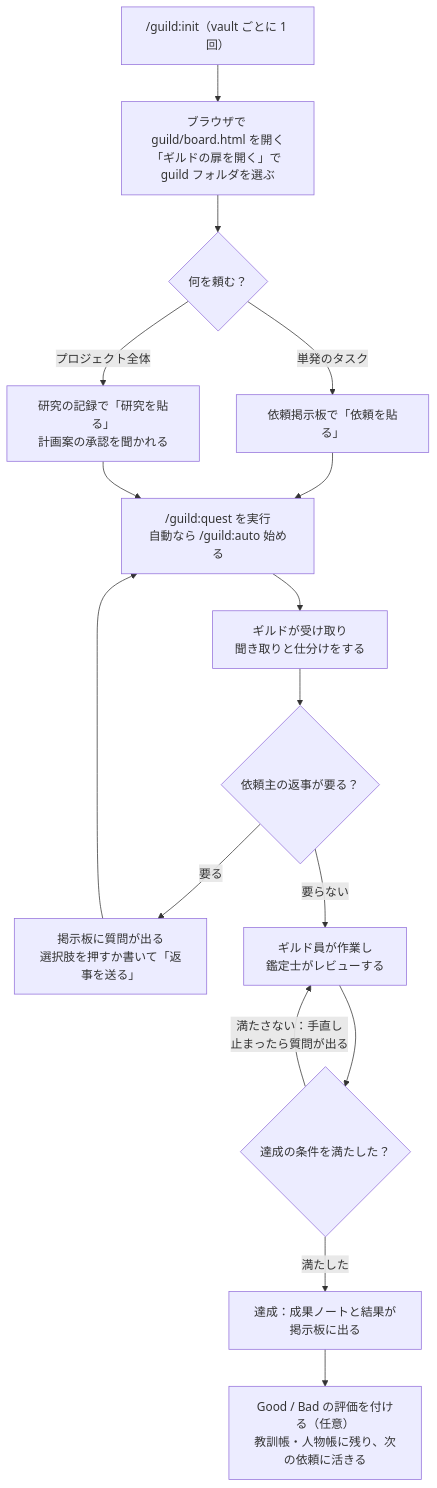
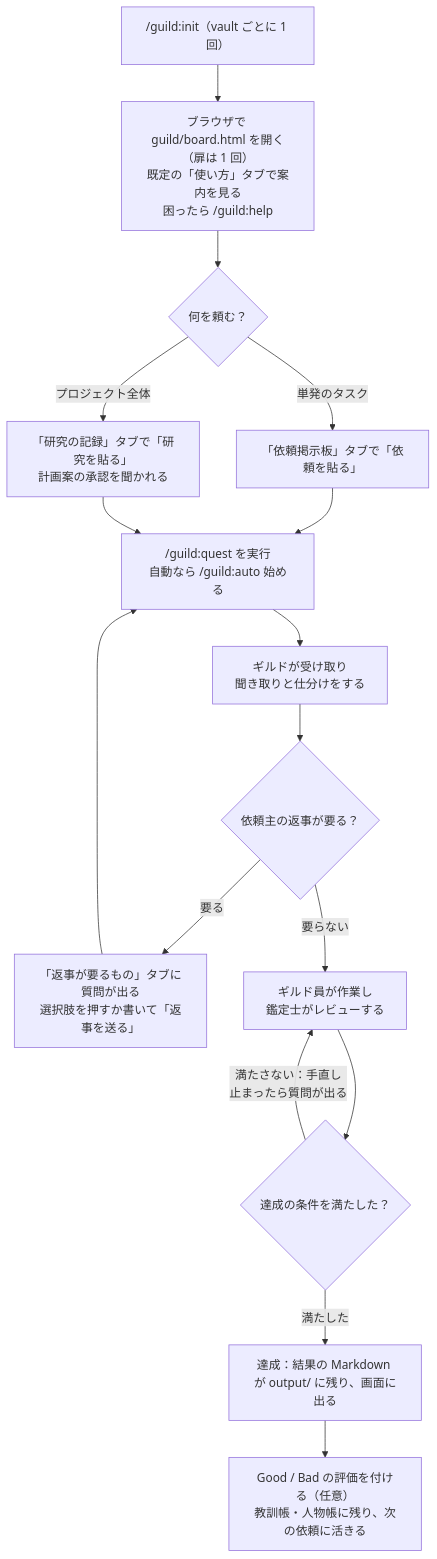
One commit to asama0101/guild changed the diagram in README.md. Above: the diagram before and after it, drawn with Mermaid. The commit also changed other lines of this file and 13 other files, not shown here.

````diff
--- a/README.md
+++ b/README.md
@@ -86,18 +87,18 @@
 ```mermaid
 flowchart TD
-    A["/guild:init（vault ごとに 1 回）"] --> B["ブラウザで guild/board.html を開く<br>「ギルドの扉を開く」で guild フォルダを選ぶ"]
+    A["/guild:init（vault ごとに 1 回）"] --> B["ブラウザで guild/board.html を開く（扉は 1 回）<br>既定の「使い方」タブで案内を見る<br>困ったら /guild:help"]
     B --> C{"何を頼む？"}
-    C -->|"単発のタスク"| D["依頼掲示板で「依頼を貼る」"]
-    C -->|"プロジェクト全体"| E["研究の記録で「研究を貼る」<br>計画案の承認を聞かれる"]
+    C -->|"単発のタスク"| D["「依頼掲示板」タブで「依頼を貼る」"]
+    C -->|"プロジェクト全体"| E["「研究の記録」タブで「研究を貼る」<br>計画案の承認を聞かれる"]
     D --> F["/guild:quest を実行<br>自動なら /guild:auto 始める"]
     E --> F
     F --> G["ギルドが受け取り<br>聞き取りと仕分けをする"]
     G --> H{"依頼主の返事が要る？"}
-    H -->|"要る"| I["掲示板に質問が出る<br>選択肢を押すか書いて「返事を送る」"]
+    H -->|"要る"| I["「返事が要るもの」タブに質問が出る<br>選択肢を押すか書いて「返事を送る」"]
     I --> F
     H -->|"要らない"| J["ギルド員が作業し<br>鑑定士がレビューする"]
     J --> K{"達成の条件を満たした？"}
     K -->|"満たさない：手直し<br>止まったら質問が出る"| J
-    K -->|"満たした"| L["達成：成果ノートと結果が掲示板に出る"]
+    K -->|"満たした"| L["達成：結果の Markdown が output/ に残り、画面に出る"]
     L --> M["Good / Bad の評価を付ける（任意）<br>教訓帳・人物帳に残り、次の依頼に活きる"]
 ```
````
